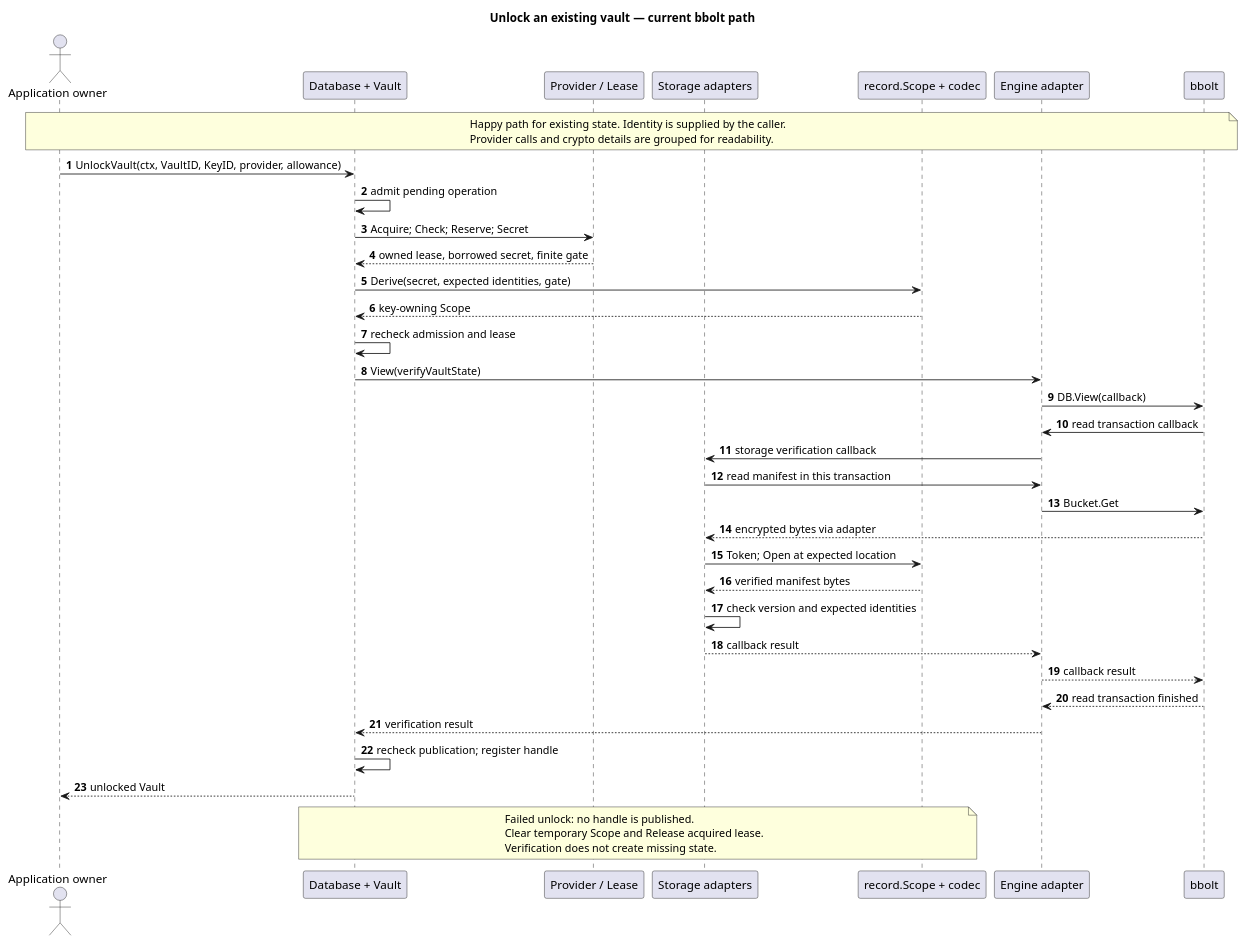
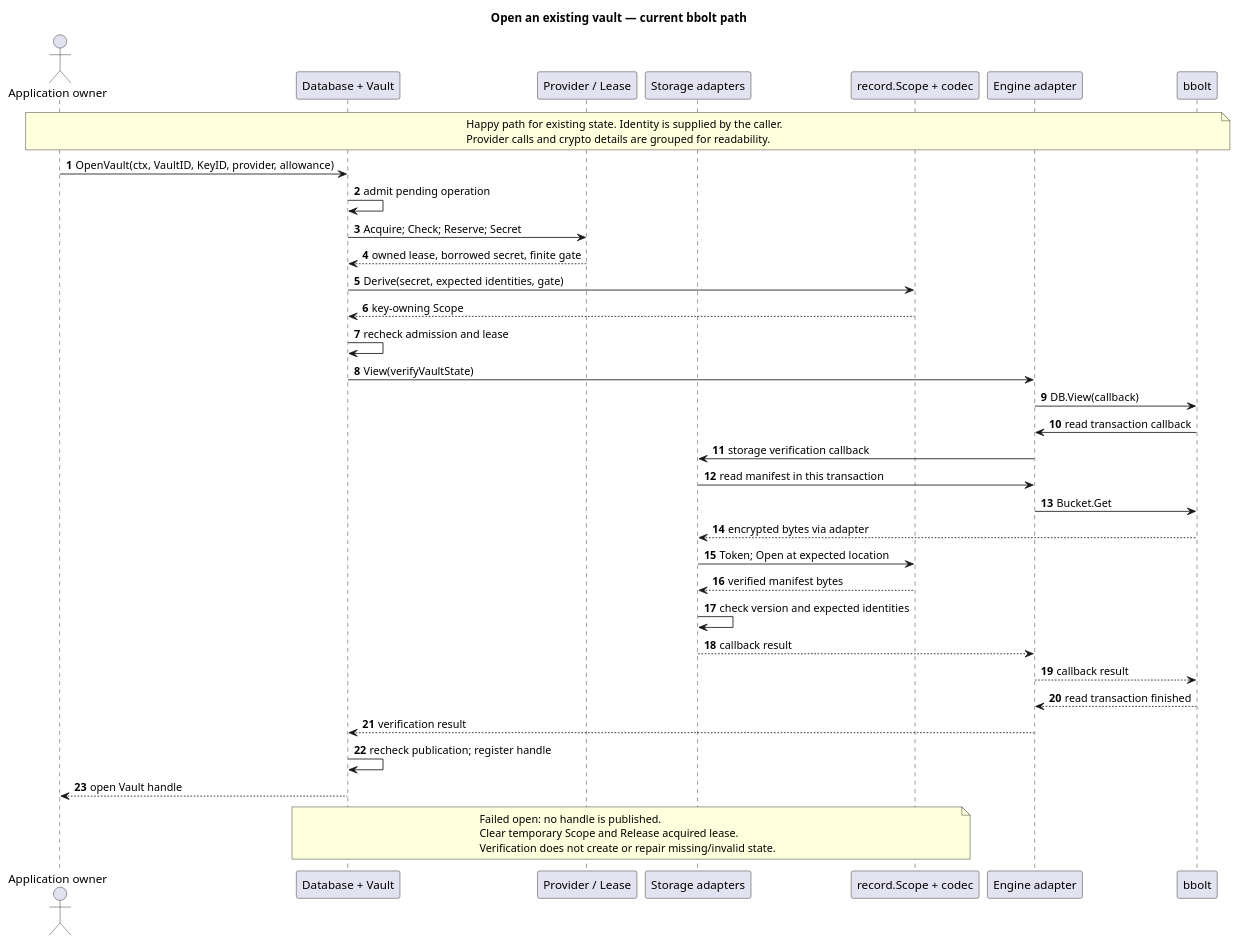
The third of 4 diagrams in docs/architecture/managed-storage-current-system.md (lainio/ic), drawn with PlantUML before and after one commit. The commit also changed other lines of this file and 13 other files, not shown here.

Commit message:
refactor rn OpenVault/vault.Close, example ready, documentation updated

```diff
--- a/docs/architecture/managed-storage-current-system.md
+++ b/docs/architecture/managed-storage-current-system.md
@@ -148,46 +193,46 @@
 ~~~plantuml
 @startuml
 skinparam shadowing false
 autonumber
-title Unlock an existing vault — current bbolt path
+title Open an existing vault — current bbolt path
 actor "Application owner" as Owner
 participant "Database + Vault" as DB
 participant "Provider / Lease" as Provider
 participant "Storage adapters" as Tx
 participant "record.Scope + codec" as Codec
 participant "Engine adapter" as Engine
 participant "bbolt" as Bolt
 note over Owner, Bolt
   Happy path for existing state. Identity is supplied by the caller.
   Provider calls and crypto details are grouped for readability.
 end note
-Owner -> DB : UnlockVault(ctx, VaultID, KeyID, provider, allowance)
+Owner -> DB : OpenVault(ctx, VaultID, KeyID, provider, allowance)
 DB -> DB : admit pending operation
 DB -> Provider : Acquire; Check; Reserve; Secret
 Provider --> DB : owned lease, borrowed secret, finite gate
 DB -> Codec : Derive(secret, expected identities, gate)
 Codec --> DB : key-owning Scope
 DB -> DB : recheck admission and lease
 DB -> Engine : View(verifyVaultState)
 Engine -> Bolt : DB.View(callback)
 Bolt -> Engine : read transaction callback
 Engine -> Tx : storage verification callback
 Tx -> Engine : read manifest in this transaction
 Engine -> Bolt : Bucket.Get
 Bolt --> Tx : encrypted bytes via adapter
 Tx -> Codec : Token; Open at expected location
 Codec --> Tx : verified manifest bytes
 Tx -> Tx : check version and expected identities
 Tx --> Engine : callback result
 Engine --> Bolt : callback result
 Bolt --> Engine : read transaction finished
 Engine --> DB : verification result
 DB -> DB : recheck publication; register handle
-DB --> Owner : unlocked Vault
+DB --> Owner : open Vault handle
 note over DB, Codec
-  Failed unlock: no handle is published.
+  Failed open: no handle is published.
   Clear temporary Scope and Release acquired lease.
-  Verification does not create missing state.
+  Verification does not create or repair missing/invalid state.
 end note
 @enduml
 ~~~
```
